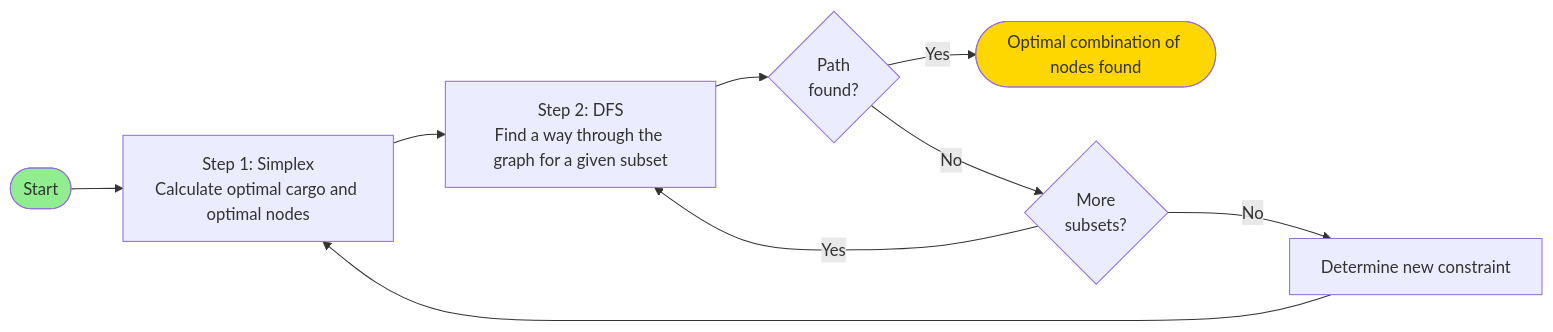
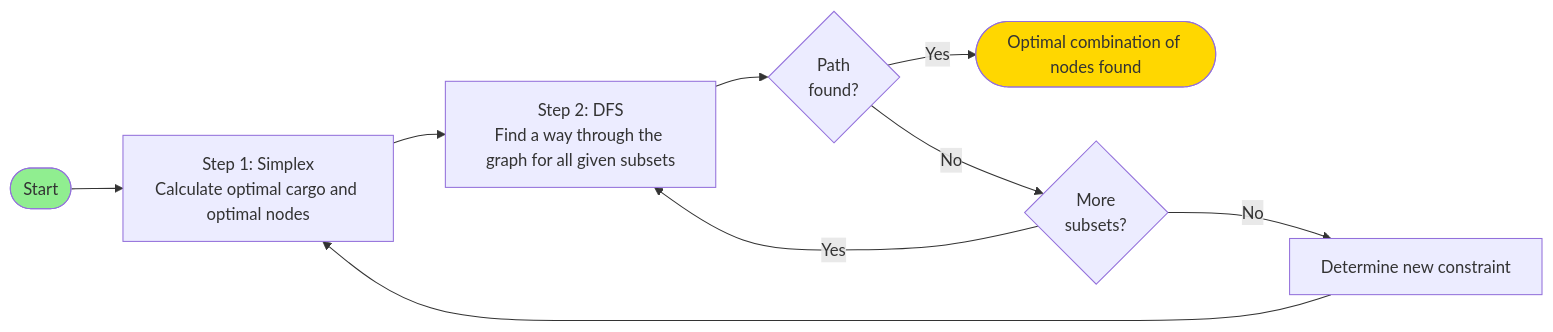
The diagram in slides.md (SimonLuttmann/odm_group11), drawn with Mermaid before and after one commit.

Commit message:
small adjustment to flowChart

````diff
--- a/slides.md
+++ b/slides.md
@@ -45,15 +45,15 @@
 ```mermaid {scale: 0.6}
 flowchart LR
     Start([Start]) --> Step1[Step 1: Simplex<br/>Calculate optimal cargo and optimal nodes]
-    Step1 --> Step2[Step 2: DFS<br/>Find a way through the graph for a given subset]
+    Step1 --> Step2[Step 2: DFS<br/>Find a way through the graph for all given subsets]
     Step2 --> Check{Path<br/>found?}
     Check -->|Yes| Success([Optimal combination of nodes found])
     Check -->|No| NextBest{More<br/>subsets?}
     NextBest -->|Yes| Step2
     NextBest -->|No| NewCon[Determine new constraint]
     NewCon --> Step1
     Step1
 
     style Start fill:#90EE90
     style Success fill:#FFD700
 ```
````
